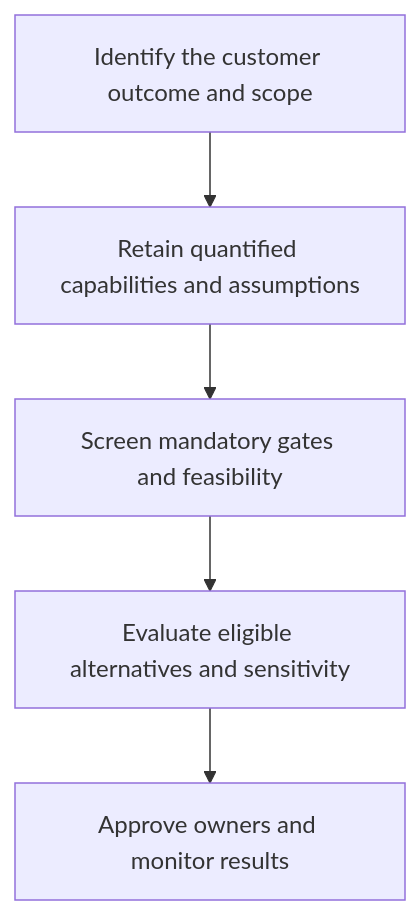
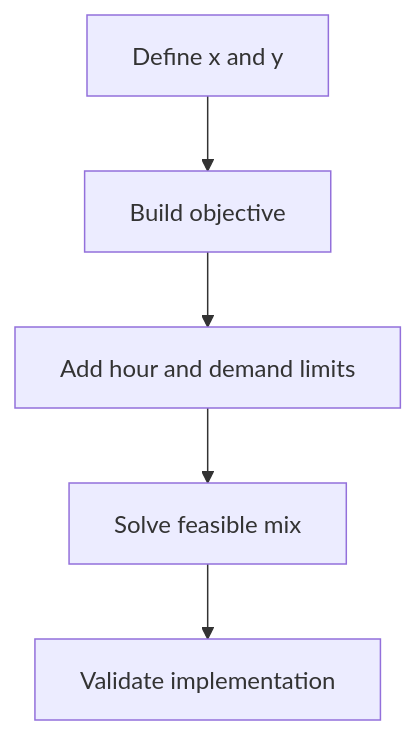
Before and after one commit to theleanx/SupplyChain-Design-Notes: the diagram in 08-optimization-sustainability-technology/section-a-optimizing-supply-chain-strategy-and-tactics/11-operations-research-objectives-constraints-and-model-validity.md, drawn with Mermaid. The commit also changed other lines of this file and 7 other files, not shown here.

````diff
--- a/08-optimization-sustainability-technology/section-a-optimizing-supply-chain-strategy-and-tactics/11-operations-research-objectives-constraints-and-model-validity.md
+++ b/08-optimization-sustainability-technology/section-a-optimizing-supply-chain-strategy-and-tactics/11-operations-research-objectives-constraints-and-model-validity.md
@@ -40,12 +40,12 @@
 ```mermaid
 flowchart TD
-    A[Identify the customer outcome and scope]
-    B[Retain quantified capabilities and assumptions]
-    C[Screen mandatory gates and feasibility]
-    D[Evaluate eligible alternatives and sensitivity]
-    E[Approve owners and monitor results]
+    A[Define x and y]
+    B[Build objective]
+    C[Add hour and demand limits]
+    D[Solve feasible mix]
+    E[Validate implementation]
     A --> B
     B --> C
     C --> D
     D --> E
 ```
````
